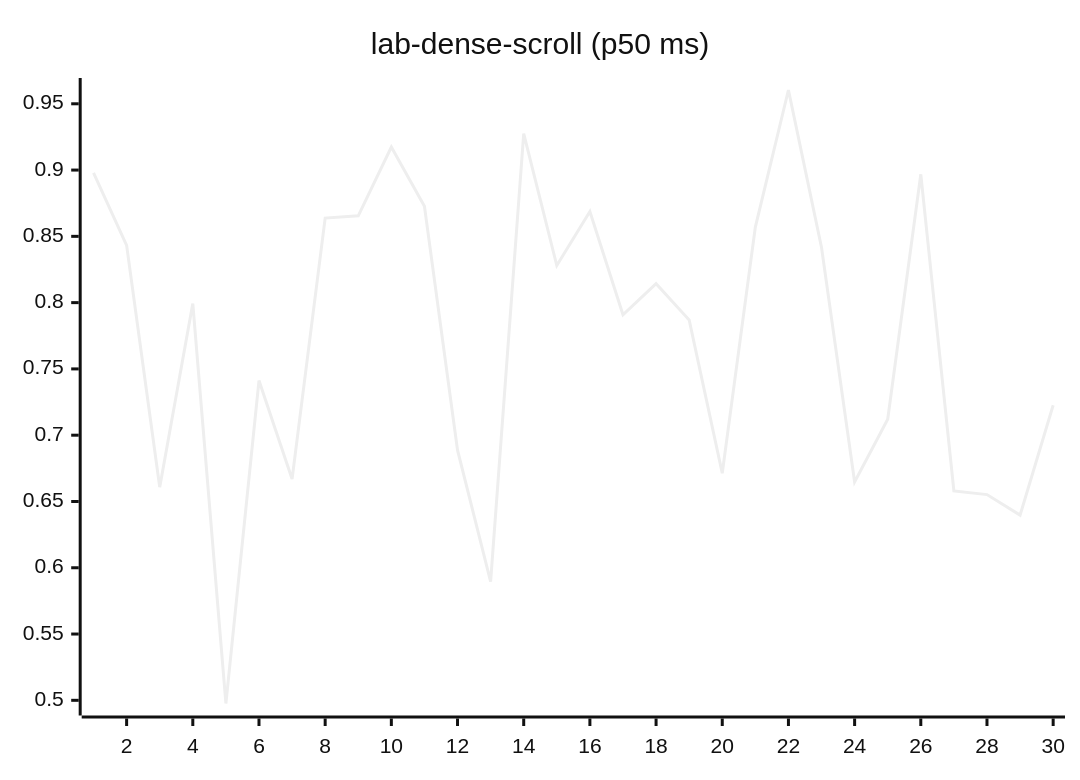
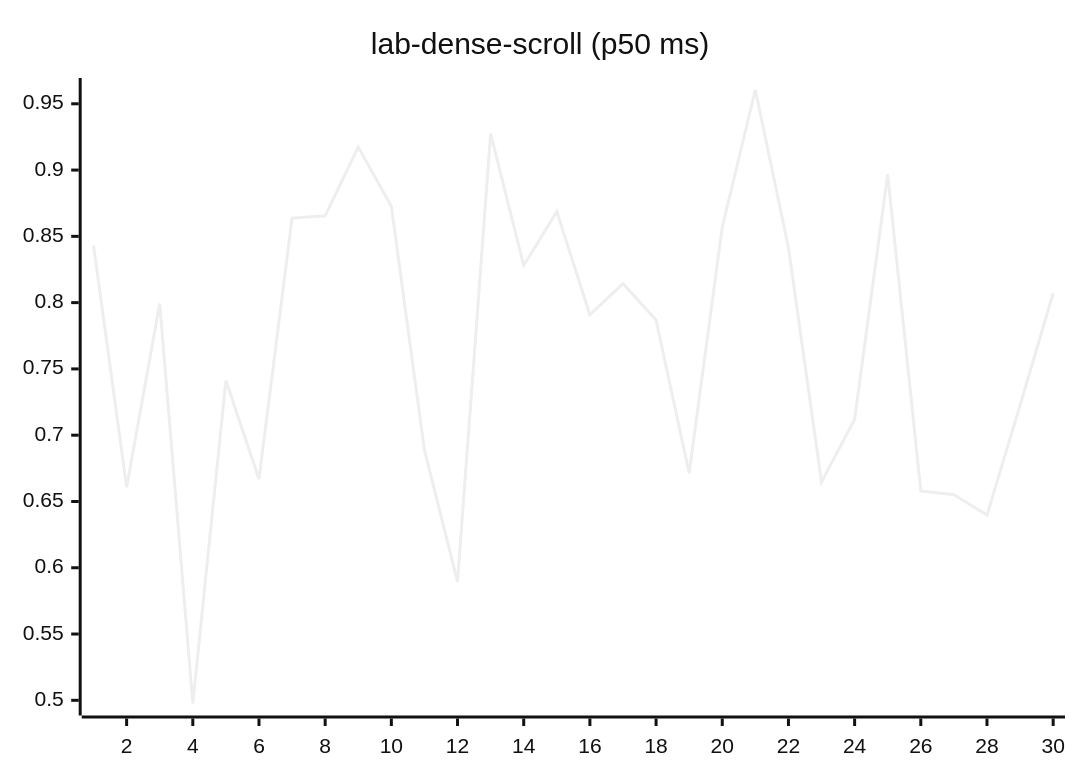
Diagram 12 of 27 in README.md (josha/Facet), drawn with Mermaid (neutral theme) before and after one commit. The commit also changed other lines of this file and 2 other files, not shown here.

````diff
--- a/README.md
+++ b/README.md
@@ -140,6 +140,6 @@
 ```mermaid
 xychart-beta
     title "lab-dense-scroll (p50 ms)"
     x-axis 1 --> 30
-    line [0.8979, 0.8432, 0.6608, 0.7993, 0.4976, 0.7412, 0.6669, 0.8638, 0.8655, 0.9174, 0.8727, 0.6887, 0.5895, 0.9275, 0.8280, 0.8687, 0.7908, 0.8143, 0.7869, 0.6713, 0.8570, 0.9604, 0.8416, 0.6647, 0.7120, 0.8968, 0.6580, 0.6552, 0.6397, 0.7226]
+    line [0.8432, 0.6608, 0.7993, 0.4976, 0.7412, 0.6669, 0.8638, 0.8655, 0.9174, 0.8727, 0.6887, 0.5895, 0.9275, 0.8280, 0.8687, 0.7908, 0.8143, 0.7869, 0.6713, 0.8570, 0.9604, 0.8416, 0.6647, 0.7120, 0.8968, 0.6580, 0.6552, 0.6397, 0.7226, 0.8071]
 ```
````
